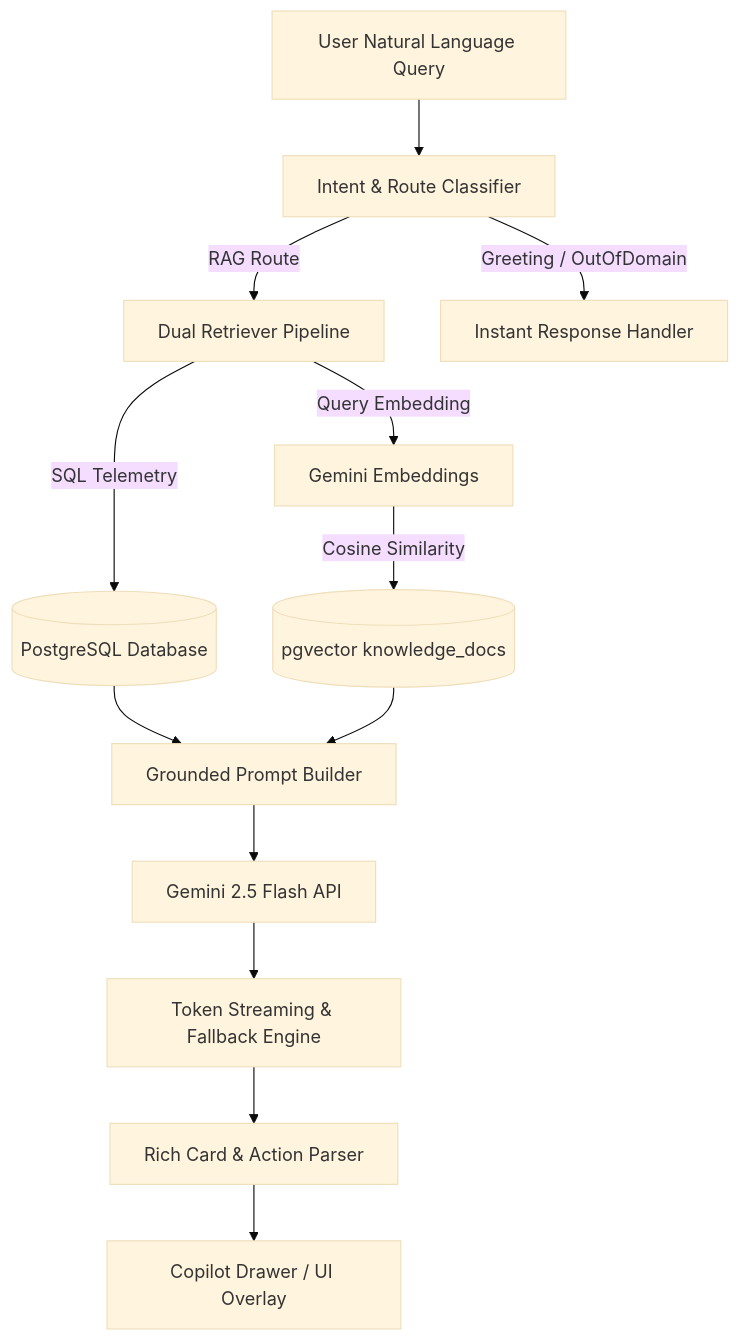
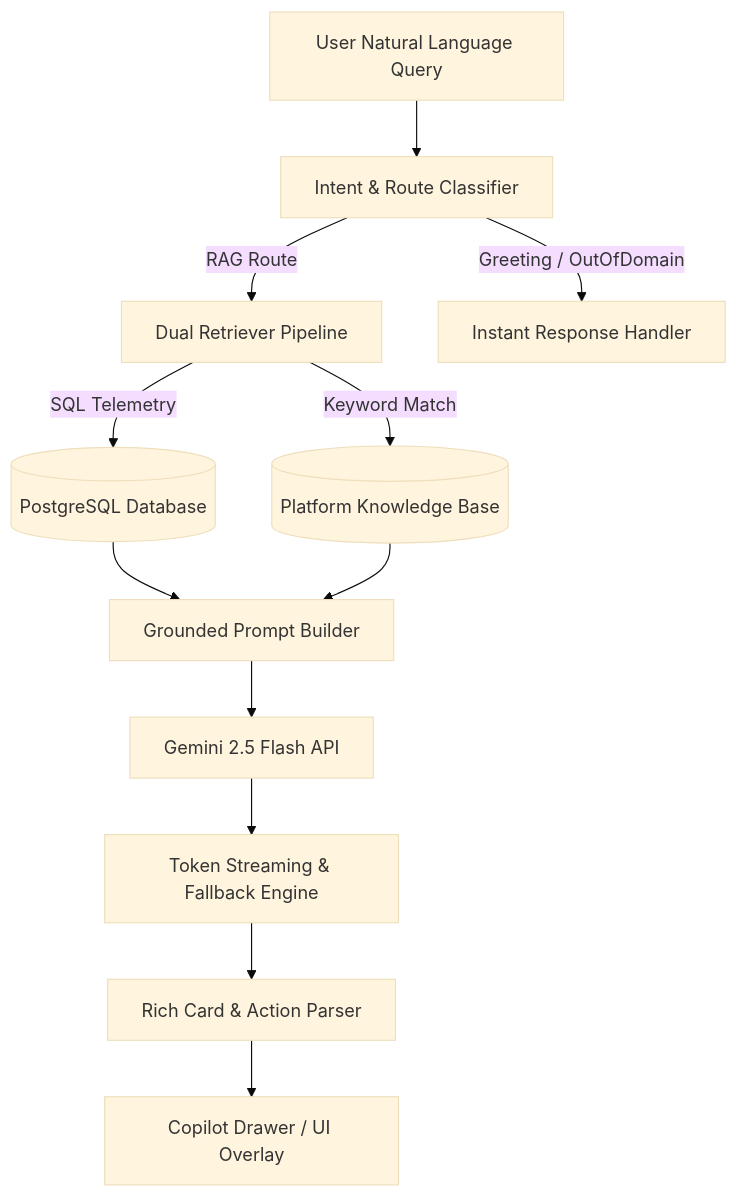
One commit to piyush2180/campus-exchange changed the second of 2 diagrams in README.md. Above: the diagram before and after it, drawn with Mermaid (base theme). The commit also changed other lines of this file and 9 other files, not shown here.

Commit message:
Remove pgvector and use keyword matching for the Pulse AI knowledge base

````diff
--- a/README.md
+++ b/README.md
@@ -109,18 +109,17 @@
 ```mermaid
 graph TD
     UserQuery[User Natural Language Query] --> IntentClassifier[Intent & Route Classifier]
     IntentClassifier -->|RAG Route| DualRetriever[Dual Retriever Pipeline]
     IntentClassifier -->|Greeting / OutOfDomain| InstantResponse[Instant Response Handler]
     
     DualRetriever -->|SQL Telemetry| SQLStore[(PostgreSQL Database)]
-    DualRetriever -->|Query Embedding| Embedder[Gemini Embeddings]
-    Embedder -->|Cosine Similarity| KnowledgeStore[(pgvector knowledge_docs)]
+    DualRetriever -->|Keyword Match| KnowledgeStore[(Platform Knowledge Base)]
     
     SQLStore --> GroundedPromptBuilder[Grounded Prompt Builder]
     KnowledgeStore --> GroundedPromptBuilder
     
     GroundedPromptBuilder --> GeminiLLM[Gemini 2.5 Flash API]
     GeminiLLM --> StreamEngine[Token Streaming & Fallback Engine]
     StreamEngine --> RichCardParser[Rich Card & Action Parser]
     RichCardParser --> UI[Copilot Drawer / UI Overlay]
 ```
````
